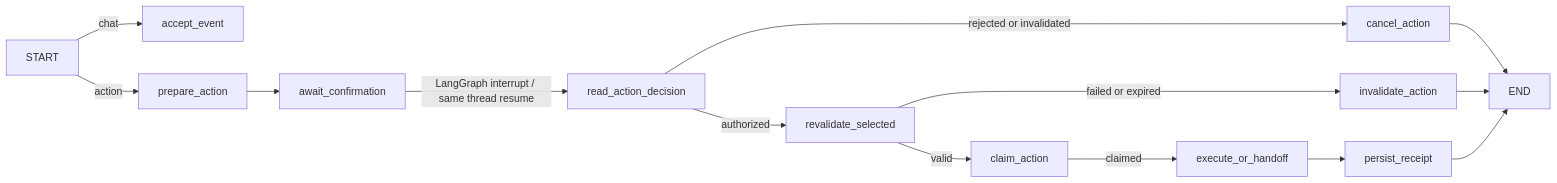
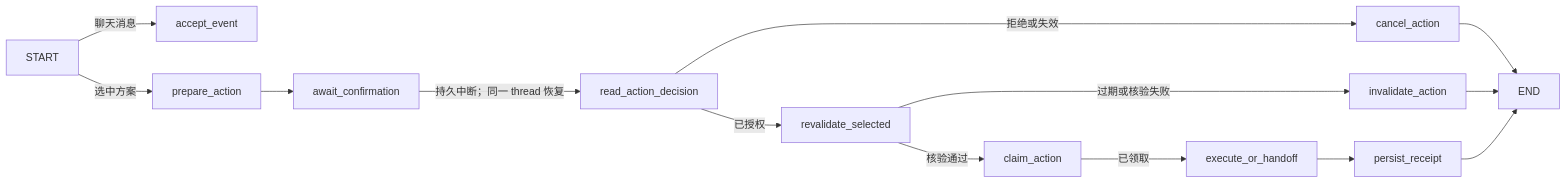
Before and after one commit to wangyux07-cmd/SOLOVIBE_APP: the diagram in docs/STAGE4_PROGRESS_2026-10-12.md, drawn with Mermaid. The commit also changed other lines of this file and 1 other file, not shown here.

````diff
--- a/docs/STAGE4_PROGRESS_2026-10-12.md
+++ b/docs/STAGE4_PROGRESS_2026-10-12.md
@@ -15,11 +17,11 @@
 ```mermaid
 flowchart LR
-  START -->|chat| accept_event
-  START -->|action| prepare_action --> await_confirmation
-  await_confirmation -->|LangGraph interrupt / same thread resume| read_action_decision
-  read_action_decision -->|rejected or invalidated| cancel_action --> END
-  read_action_decision -->|authorized| revalidate_selected
-  revalidate_selected -->|failed or expired| invalidate_action --> END
-  revalidate_selected -->|valid| claim_action
-  claim_action -->|claimed| execute_or_handoff --> persist_receipt --> END
+  START -->|聊天消息| accept_event
+  START -->|选中方案| prepare_action --> await_confirmation
+  await_confirmation -->|持久中断；同一 thread 恢复| read_action_decision
+  read_action_decision -->|拒绝或失效| cancel_action --> END
+  read_action_decision -->|已授权| revalidate_selected
+  revalidate_selected -->|过期或核验失败| invalidate_action --> END
+  revalidate_selected -->|核验通过| claim_action
+  claim_action -->|已领取| execute_or_handoff --> persist_receipt --> END
 ```
````
